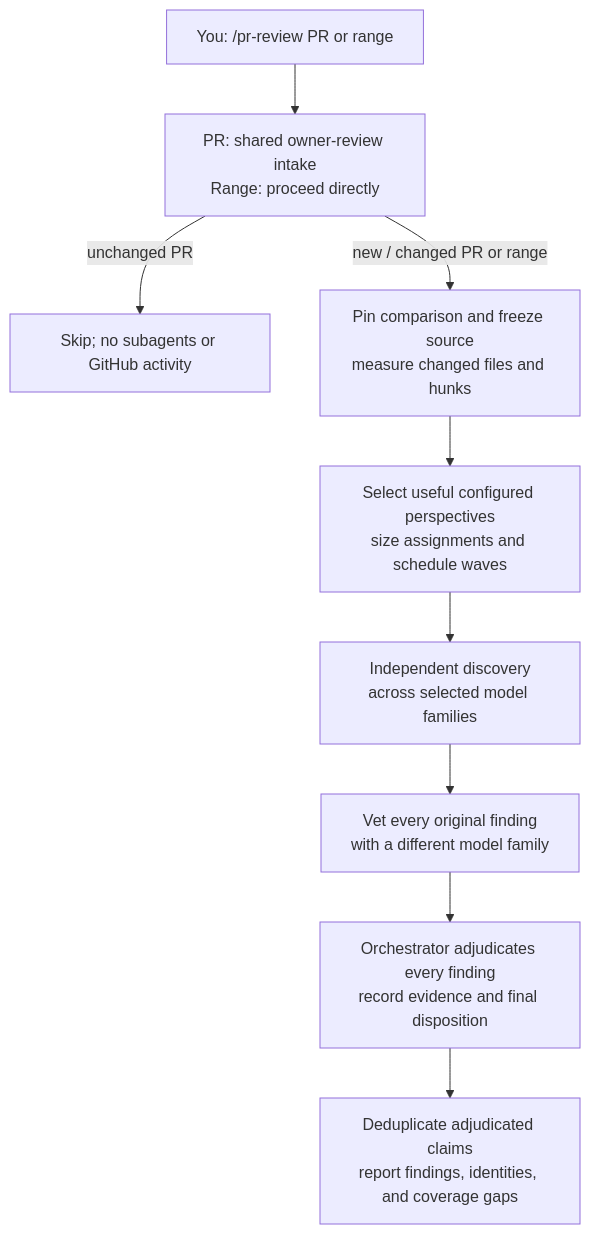
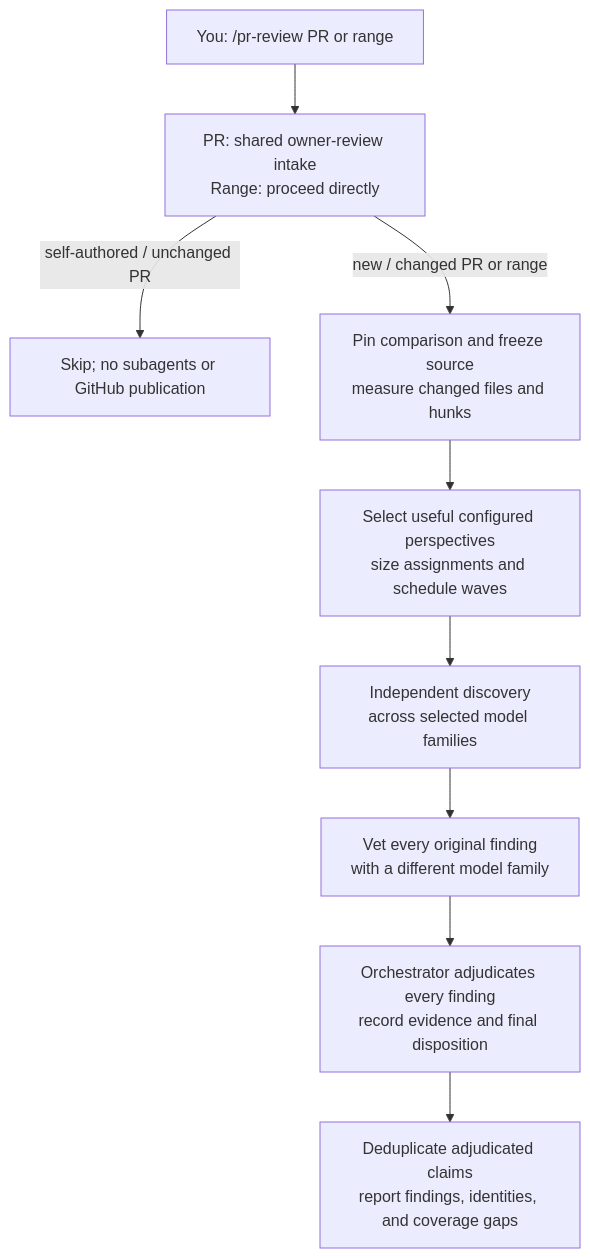
One commit to beardedeagle/zetta-delta changed the second of 5 diagrams in README.md. Above: the diagram before and after it, drawn with Mermaid. The commit also changed other lines of this file and 5 other files, not shown here.

Commit message:
fix: skip self-authored PRs before review dispatch

````diff
--- a/README.md
+++ b/README.md
@@ -536,11 +539,11 @@
 ```mermaid
 flowchart TD
   U["You: /pr-review PR or range"] --> I["PR: shared owner-review intake<br/>Range: proceed directly"]
-  I -->|"unchanged PR"| K["Skip; no subagents or GitHub activity"]
+  I -->|"self-authored / unchanged PR"| K["Skip; no subagents or GitHub publication"]
   I -->|"new / changed PR or range"| T["Pin comparison and freeze source<br/>measure changed files and hunks"]
   T --> S["Select useful configured perspectives<br/>size assignments and schedule waves"]
   S --> D["Independent discovery<br/>across selected model families"]
   D --> V["Vet every original finding<br/>with a different model family"]
   V --> A["Orchestrator adjudicates every finding<br/>record evidence and final disposition"]
   A --> R["Deduplicate adjudicated claims<br/>report findings, identities, and coverage gaps"]
 ```
````
